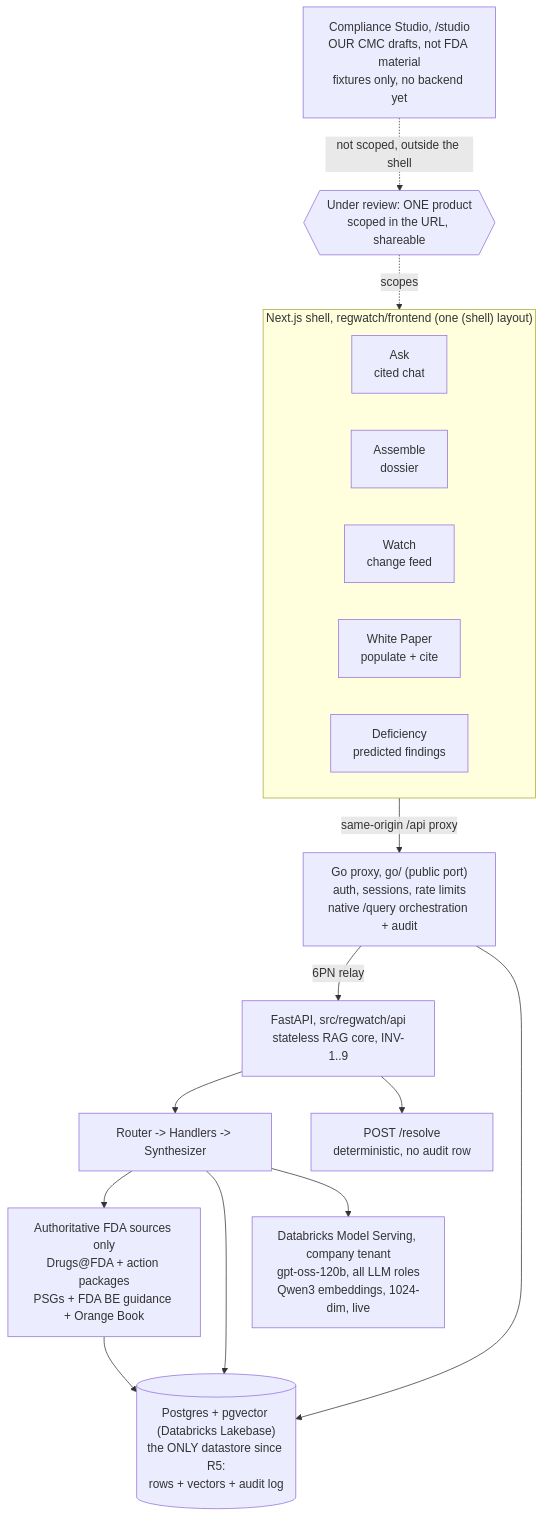
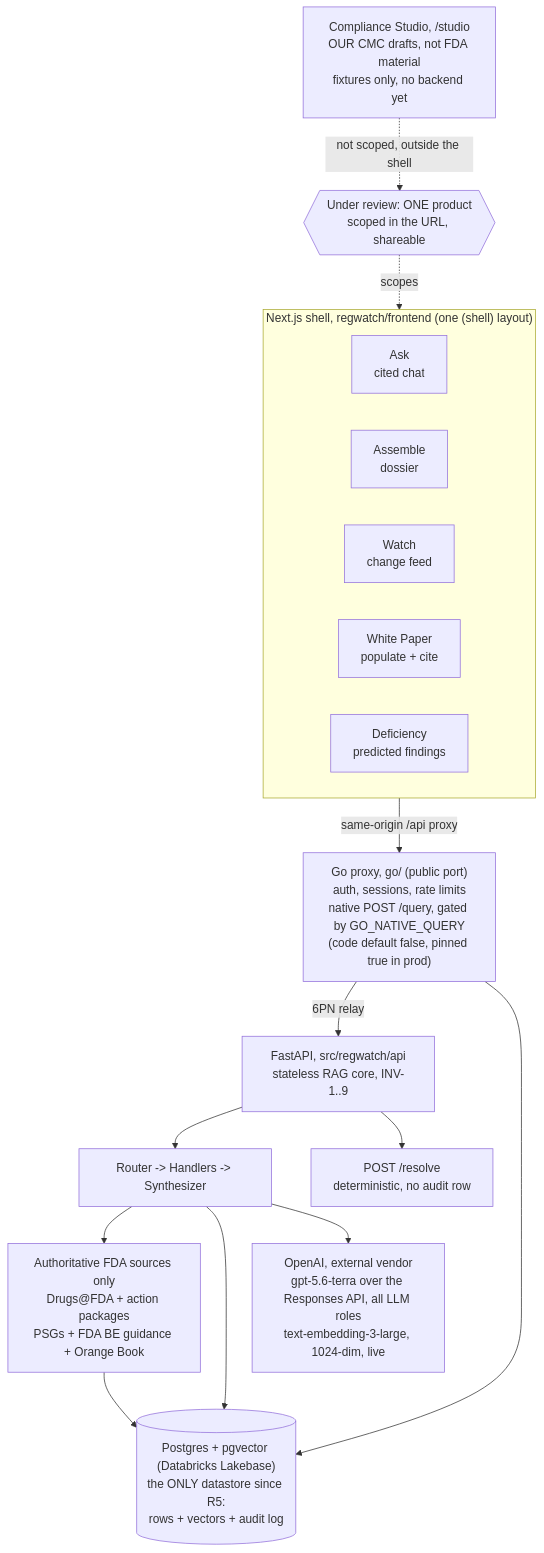
One commit to Hussain0327/amneal changed the diagram in docs/MAP.md. Above: the diagram before and after it, drawn with Mermaid. The commit also changed other lines of this file and 66 other files, not shown here.

````diff
--- a/docs/MAP.md
+++ b/docs/MAP.md
@@ -20,25 +24,25 @@
 ```mermaid
 flowchart TB
   subgraph UI["Next.js shell, regwatch/frontend (one (shell) layout)"]
     direction LR
     Ask["Ask<br/>cited chat"]
     Assemble["Assemble<br/>dossier"]
     Watch["Watch<br/>change feed"]
     WP["White Paper<br/>populate + cite"]
     Def["Deficiency<br/>predicted findings"]
   end
   Studio["Compliance Studio, /studio<br/>OUR CMC drafts, not FDA material<br/>fixtures only, no backend yet"]
   Scope{{"Under review: ONE product<br/>scoped in the URL, shareable"}}
   Scope -.scopes.-> UI
   Studio -.->|"not scoped, outside the shell"| Scope
 
-  UI -->|"same-origin /api proxy"| EDGE["Go proxy, go/ (public port)<br/>auth, sessions, rate limits<br/>native /query orchestration + audit"]
+  UI -->|"same-origin /api proxy"| EDGE["Go proxy, go/ (public port)<br/>auth, sessions, rate limits<br/>native POST /query, gated by GO_NATIVE_QUERY<br/>(code default false, pinned true in prod)"]
   EDGE -->|"6PN relay"| API["FastAPI, src/regwatch/api<br/>stateless RAG core, INV-1..9"]
   API --> Router["Router -> Handlers -> Synthesizer"]
   API --> Resolve["POST /resolve<br/>deterministic, no audit row"]
   Router --> Sources["Authoritative FDA sources only<br/>Drugs@FDA + action packages<br/>PSGs + FDA BE guidance + Orange Book"]
   Router --> Stores[("Postgres + pgvector (Databricks Lakebase)<br/>the ONLY datastore since R5:<br/>rows + vectors + audit log")]
   EDGE --> Stores
   Sources --> Stores
-  Router --> DBX["Databricks Model Serving, company tenant<br/>gpt-oss-120b, all LLM roles<br/>Qwen3 embeddings, 1024-dim, live"]
+  Router --> OPENAI["OpenAI, external vendor<br/>gpt-5.6-terra over the Responses API, all LLM roles<br/>text-embedding-3-large, 1024-dim, live"]
 ```
````
